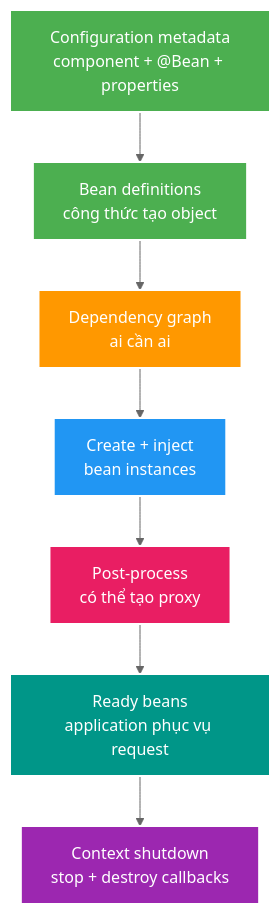
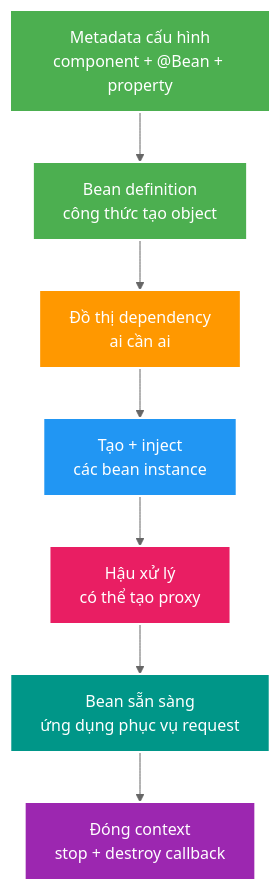
One commit to HungPhan200591/live-stream-backend changed the first of 2 diagrams in docs/learning/topics/spring/theory/core/ioc-bean-lifecycle-and-dependency-injection.md. Above: the diagram before and after it, drawn with Mermaid (neutral theme). The commit also changed other lines of this file and 177 other files, not shown here.

````diff
--- a/docs/learning/topics/spring/theory/core/ioc-bean-lifecycle-and-dependency-injection.md
+++ b/docs/learning/topics/spring/theory/core/ioc-bean-lifecycle-and-dependency-injection.md
@@ -88,17 +88,17 @@
 ```mermaid
 flowchart TB
-    C["Configuration metadata<br/>component + @Bean + properties"] --> D["Bean definitions<br/>công thức tạo object"]
-    D --> G["Dependency graph<br/>ai cần ai"]
-    G --> I["Create + inject<br/>bean instances"]
-    I --> P["Post-process<br/>có thể tạo proxy"]
-    P --> R["Ready beans<br/>application phục vụ request"]
-    R --> X["Context shutdown<br/>stop + destroy callbacks"]
+    C["Metadata cấu hình<br/>component + @Bean + property"] --> D["Bean definition<br/>công thức tạo object"]
+    D --> G["Đồ thị dependency<br/>ai cần ai"]
+    G --> I["Tạo + inject<br/>các bean instance"]
+    I --> P["Hậu xử lý<br/>có thể tạo proxy"]
+    P --> R["Bean sẵn sàng<br/>ứng dụng phục vụ request"]
+    R --> X["Đóng context<br/>stop + destroy callback"]
 
     style C fill:#4CAF50,stroke:#fff,stroke-width:2px,color:#fff
     style D fill:#4CAF50,stroke:#fff,stroke-width:2px,color:#fff
     style G fill:#FF9800,stroke:#fff,stroke-width:2px,color:#fff
     style I fill:#2196F3,stroke:#fff,stroke-width:2px,color:#fff
     style P fill:#E91E63,stroke:#fff,stroke-width:2px,color:#fff
     style R fill:#009688,stroke:#fff,stroke-width:2px,color:#fff
     style X fill:#9C27B0,stroke:#fff,stroke-width:2px,color:#fff
 ```
````
